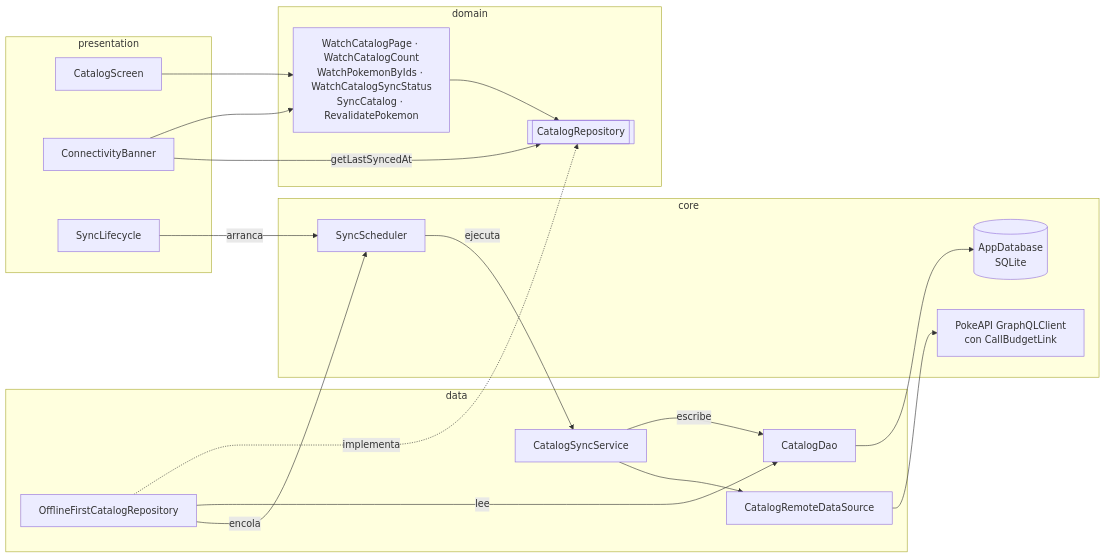
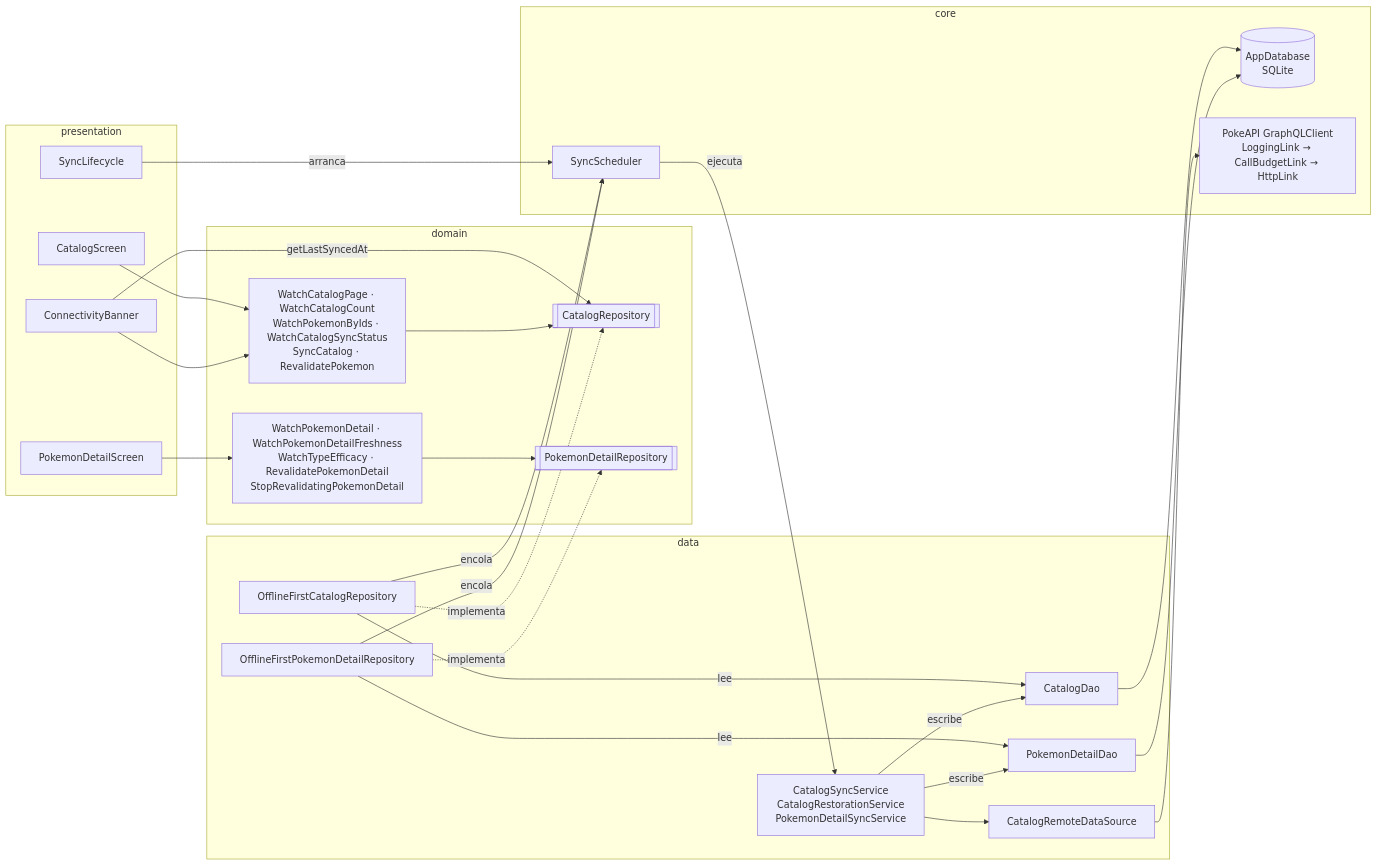
One commit to JoseHidalgoG/pokedex-flutter changed the first of 10 diagrams in docs/arquitectura.md. Above: the diagram before and after it, drawn with Mermaid. The commit also changed other lines of this file, not shown here.

Commit message:
docs(arquitectura): agregar la restauración y la apertura del detalle, y corregir el diagrama de lo visible

````diff
--- a/docs/arquitectura.md
+++ b/docs/arquitectura.md
@@ -46,40 +62,52 @@
 ```mermaid
 flowchart LR
   subgraph presentation
     Screen[CatalogScreen]
+    Detail[PokemonDetailScreen]
     Banner[ConnectivityBanner]
     Lifecycle[SyncLifecycle]
   end
 
   subgraph domain
     UseCases["WatchCatalogPage · WatchCatalogCount<br/>WatchPokemonByIds · WatchCatalogSyncStatus<br/>SyncCatalog · RevalidatePokemon"]
+    DetailUseCases["WatchPokemonDetail · WatchPokemonDetailFreshness<br/>WatchTypeEfficacy · RevalidatePokemonDetail<br/>StopRevalidatingPokemonDetail"]
     Contract[["CatalogRepository"]]
+    DetailContract[["PokemonDetailRepository"]]
   end
 
   subgraph data
     Repo[OfflineFirstCatalogRepository]
-    Sync[CatalogSyncService]
+    DetailRepo[OfflineFirstPokemonDetailRepository]
+    Sync["CatalogSyncService<br/>CatalogRestorationService<br/>PokemonDetailSyncService"]
     Dao[CatalogDao]
+    DetailDao[PokemonDetailDao]
     Remote[CatalogRemoteDataSource]
   end
 
   subgraph core
     Scheduler[SyncScheduler]
     Db[(AppDatabase<br/>SQLite)]
-    Client["PokeAPI GraphQLClient<br/>con CallBudgetLink"]
+    Client["PokeAPI GraphQLClient<br/>LoggingLink → CallBudgetLink → HttpLink"]
   end
 
   Screen --> UseCases
+  Detail --> DetailUseCases
   Lifecycle -- arranca --> Scheduler
   Banner --> UseCases
   Banner -- getLastSyncedAt --> Contract
   UseCases --> Contract
+  DetailUseCases --> DetailContract
   Repo -. implementa .-> Contract
+  DetailRepo -. implementa .-> DetailContract
   Repo -- lee --> Dao
+  DetailRepo -- lee --> DetailDao
   Repo -- encola --> Scheduler
+  DetailRepo -- encola --> Scheduler
   Scheduler -- ejecuta --> Sync
   Sync -- escribe --> Dao
+  Sync -- escribe --> DetailDao
   Sync --> Remote
   Remote --> Client
   Dao --> Db
+  DetailDao --> Db
 ```
````
